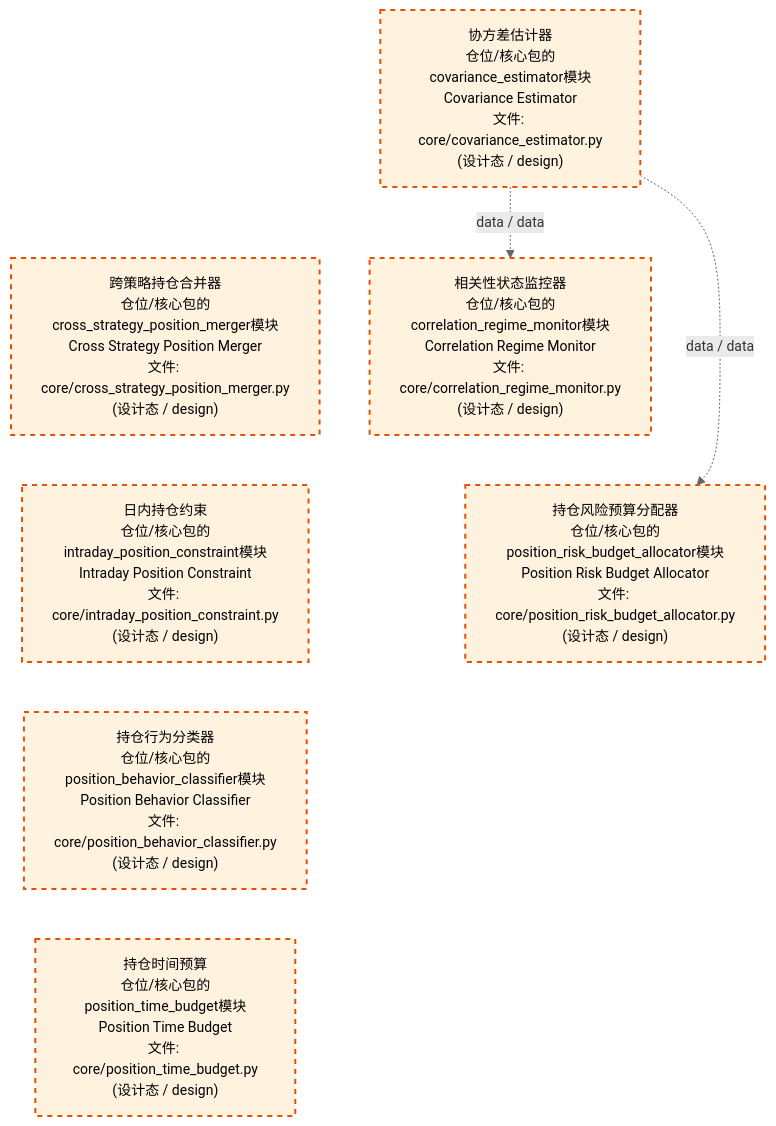
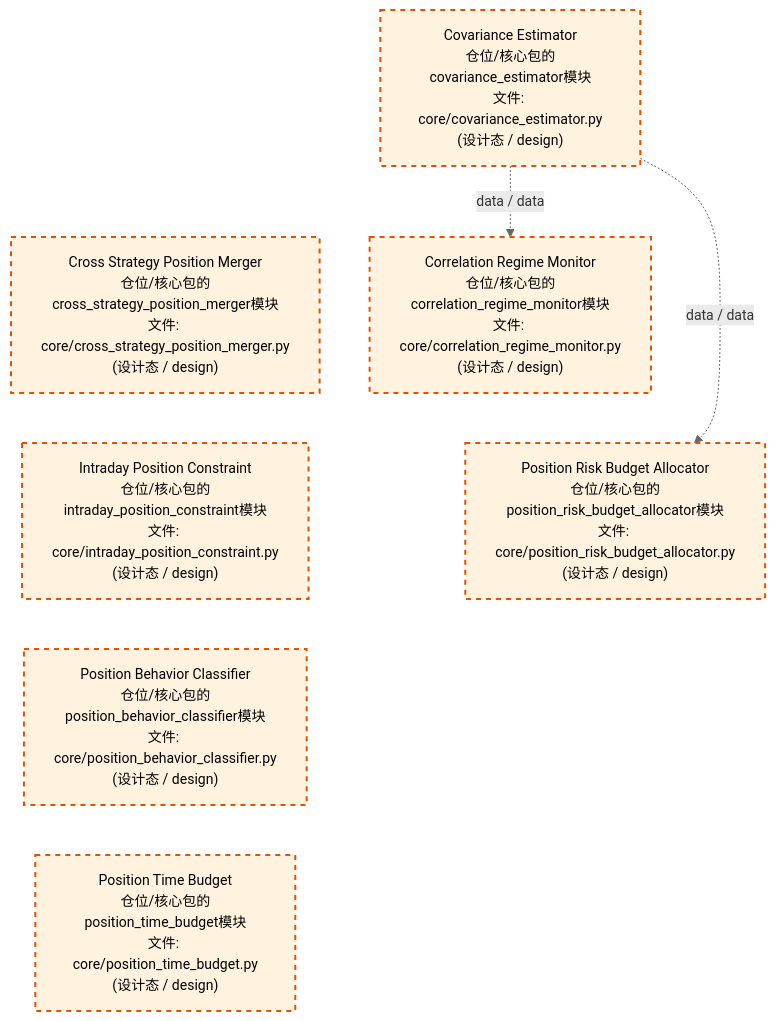
The third of 4 diagrams in docs/02_enterprise_architecture/02_domain_architecture_docs/64_d_position.md (xuanFelixVan/ZephyrAlpha), drawn with Mermaid before and after one commit. The commit also changed other lines of this file and 51 other files, not shown here.

````diff
--- a/docs/02_enterprise_architecture/02_domain_architecture_docs/64_d_position.md
+++ b/docs/02_enterprise_architecture/02_domain_architecture_docs/64_d_position.md
@@ -214,23 +214,23 @@
 ```mermaid
 %%{init: {'theme': 'base', 'themeVariables': {'primaryColor': '#eaeaea', 'primaryTextColor': '#333333', 'primaryBorderColor': '#666666', 'lineColor': '#666666', 'secondaryColor': '#eaeaea', 'tertiaryColor': '#eaeaea', 'fontSize': '14px'}}}%%
 flowchart TD
-    src_zephyr_position_core_covariance_estimator_py["协方差估计器<br/>仓位/核心包的covariance_estimator模块<br/>Covariance Estimator<br/>文件: core/covariance_estimator.py<br/>(设计态 / design)"]
-    src_zephyr_position_core_cross_strategy_position_merger_py["跨策略持仓合并器<br/>仓位/核心包的cross_strategy_position_merger模块<br/>Cross Strategy Position Merger<br/>文件: core/cross_strategy_position_merger.py<br/>(设计态 / design)"]
-    src_zephyr_position_core_intraday_position_constraint_py["日内持仓约束<br/>仓位/核心包的intraday_position_constraint模块<br/>Intraday Position Constraint<br/>文件: core/intraday_position_constraint.py<br/>(设计态 / design)"]
-    src_zephyr_position_core_position_behavior_classifier_py["持仓行为分类器<br/>仓位/核心包的position_behavior_classifier模块<br/>Position Behavior Classifier<br/>文件: core/position_behavior_classifier.py<br/>(设计态 / design)"]
-    src_zephyr_position_core_position_time_budget_py["持仓时间预算<br/>仓位/核心包的position_time_budget模块<br/>Position Time Budget<br/>文件: core/position_time_budget.py<br/>(设计态 / design)"]
+    src_zephyr_position_core_covariance_estimator_py["Covariance Estimator<br/>仓位/核心包的covariance_estimator模块<br/>文件: core/covariance_estimator.py<br/>(设计态 / design)"]
+    src_zephyr_position_core_cross_strategy_position_merger_py["Cross Strategy Position Merger<br/>仓位/核心包的cross_strategy_position_merger模块<br/>文件: core/cross_strategy_position_merger.py<br/>(设计态 / design)"]
+    src_zephyr_position_core_intraday_position_constraint_py["Intraday Position Constraint<br/>仓位/核心包的intraday_position_constraint模块<br/>文件: core/intraday_position_constraint.py<br/>(设计态 / design)"]
+    src_zephyr_position_core_position_behavior_classifier_py["Position Behavior Classifier<br/>仓位/核心包的position_behavior_classifier模块<br/>文件: core/position_behavior_classifier.py<br/>(设计态 / design)"]
+    src_zephyr_position_core_position_time_budget_py["Position Time Budget<br/>仓位/核心包的position_time_budget模块<br/>文件: core/position_time_budget.py<br/>(设计态 / design)"]
     src_zephyr_position_core_covariance_estimator_py ~~~ src_zephyr_position_core_cross_strategy_position_merger_py
     src_zephyr_position_core_cross_strategy_position_merger_py ~~~ src_zephyr_position_core_intraday_position_constraint_py
     src_zephyr_position_core_intraday_position_constraint_py ~~~ src_zephyr_position_core_position_behavior_classifier_py
     src_zephyr_position_core_position_behavior_classifier_py ~~~ src_zephyr_position_core_position_time_budget_py
-    src_zephyr_position_core_correlation_regime_monitor_py["相关性状态监控器<br/>仓位/核心包的correlation_regime_monitor模块<br/>Correlation Regime Monitor<br/>文件: core/correlation_regime_monitor.py<br/>(设计态 / design)"]
-    src_zephyr_position_core_position_risk_budget_allocator_py["持仓风险预算分配器<br/>仓位/核心包的position_risk_budget_allocator模块<br/>Position Risk Budget Allocator<br/>文件: core/position_risk_budget_allocator.py<br/>(设计态 / design)"]
+    src_zephyr_position_core_correlation_regime_monitor_py["Correlation Regime Monitor<br/>仓位/核心包的correlation_regime_monitor模块<br/>文件: core/correlation_regime_monitor.py<br/>(设计态 / design)"]
+    src_zephyr_position_core_position_risk_budget_allocator_py["Position Risk Budget Allocator<br/>仓位/核心包的position_risk_budget_allocator模块<br/>文件: core/position_risk_budget_allocator.py<br/>(设计态 / design)"]
     src_zephyr_position_core_correlation_regime_monitor_py ~~~ src_zephyr_position_core_position_risk_budget_allocator_py
     src_zephyr_position_core_covariance_estimator_py -.->|data / data| src_zephyr_position_core_correlation_regime_monitor_py
     src_zephyr_position_core_covariance_estimator_py -.->|data / data| src_zephyr_position_core_position_risk_budget_allocator_py
     classDef production fill:#e1f5fe,stroke:#01579b,stroke-width:2px,color:#000
     classDef design fill:#fff3e0,stroke:#e65100,stroke-width:2px,color:#000,stroke-dasharray: 5 5
     classDef external_prod fill:#e8f4fd,stroke:#0277bd,stroke-width:1px,color:#000
     classDef external_design fill:#fff8e7,stroke:#ef6c00,stroke-width:1px,color:#000,stroke-dasharray: 5 5
     class src_zephyr_position_core_correlation_regime_monitor_py,src_zephyr_position_core_covariance_estimator_py,src_zephyr_position_core_cross_strategy_position_merger_py,src_zephyr_position_core_intraday_position_constraint_py,src_zephyr_position_core_position_behavior_classifier_py,src_zephyr_position_core_position_risk_budget_allocator_py,src_zephyr_position_core_position_time_budget_py design
 ```
````
